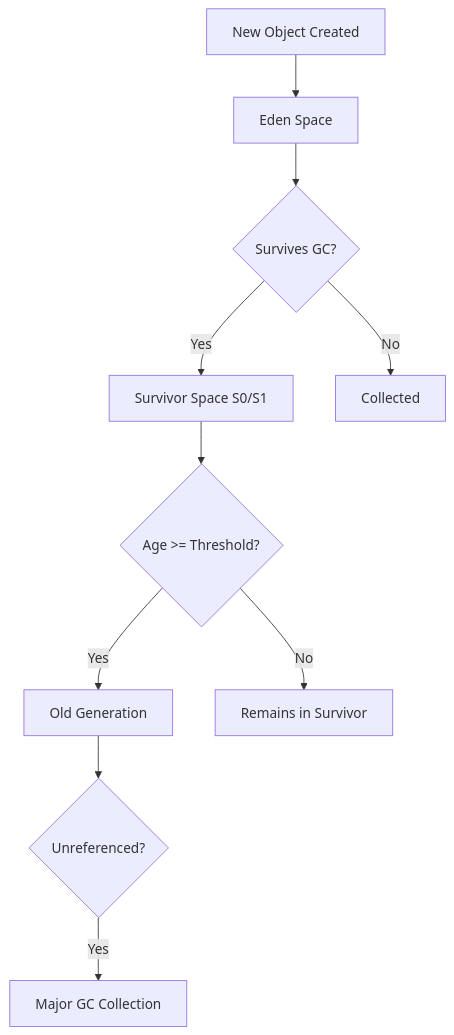
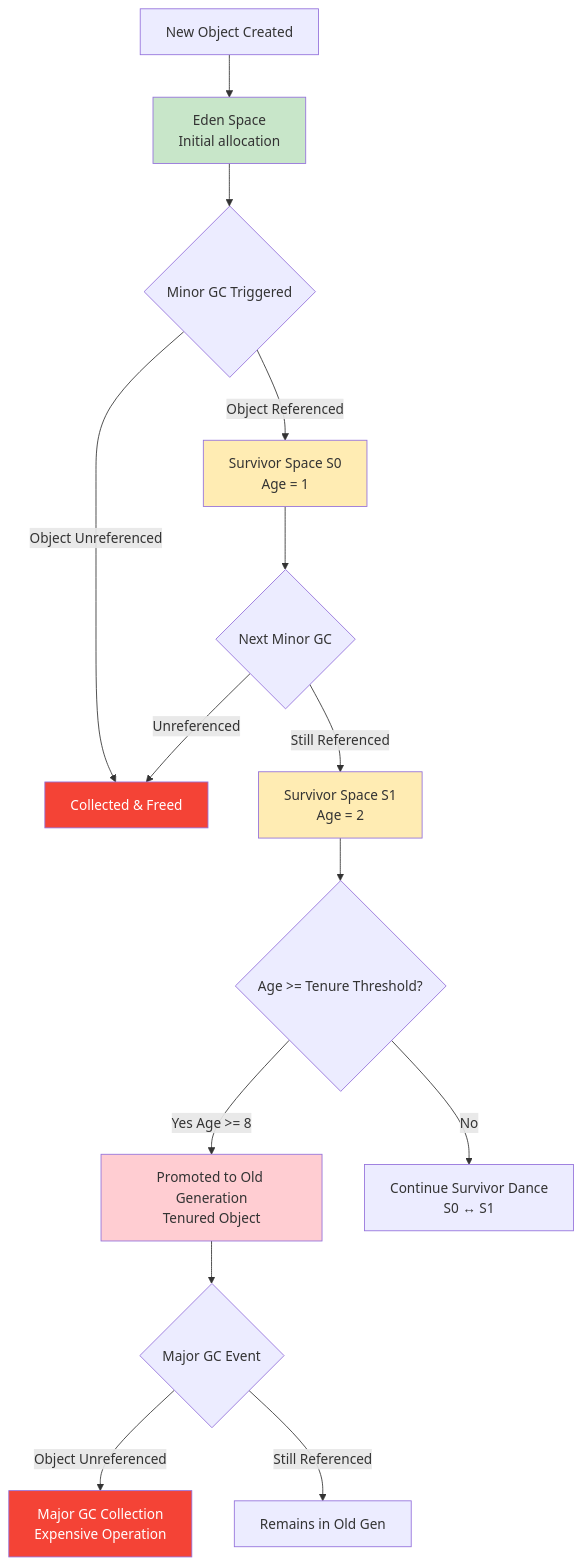
Diagram 15 of 19 in 01. Java/06. Memory Management/01. Memory Management.md (ShahHayat/InterviewPrep), drawn with Mermaid before and after one commit. The commit also changed other lines of this file and 17 other files, not shown here.

````diff
--- a/01. Java/06. Memory Management/01. Memory Management.md
+++ b/01. Java/06. Memory Management/01. Memory Management.md
@@ -57,12 +608,23 @@
 ```mermaid
 flowchart TD
-    A[New Object Created] --> B[Eden Space]
-    B --> C{Survives GC?}
-    C -->|Yes| D[Survivor Space S0/S1]
-    C -->|No| E[Collected]
-    D --> F{Age >= Threshold?}
-    F -->|Yes| G[Old Generation]
-    F -->|No| H[Remains in Survivor]
-    G --> I{Unreferenced?}
-    I -->|Yes| J[Major GC Collection]
+    A["New Object Created"] --> B["Eden Space<br/>Initial allocation"]
+    B --> C{Minor GC Triggered}
+    C -->|Object Referenced| D["Survivor Space S0<br/>Age = 1"]
+    C -->|Object Unreferenced| E["Collected & Freed"]
+    D --> F{Next Minor GC}
+    F -->|Still Referenced| G["Survivor Space S1<br/>Age = 2"]
+    F -->|Unreferenced| E
+    G --> H{Age >= Tenure Threshold?}
+    H -->|Yes Age >= 8| I["Promoted to Old Generation<br/>Tenured Object"]
+    H -->|No| J["Continue Survivor Dance<br/>S0 ↔ S1"]
+    I --> K{Major GC Event}
+    K -->|Object Unreferenced| L["Major GC Collection<br/>Expensive Operation"]
+    K -->|Still Referenced| M["Remains in Old Gen"]
+    
+    style B fill:#c8e6c9
+    style D fill:#ffecb3
+    style G fill:#ffecb3
+    style I fill:#ffcdd2
+    style E fill:#f44336,color:#ffffff
+    style L fill:#f44336,color:#ffffff
 ```
````
